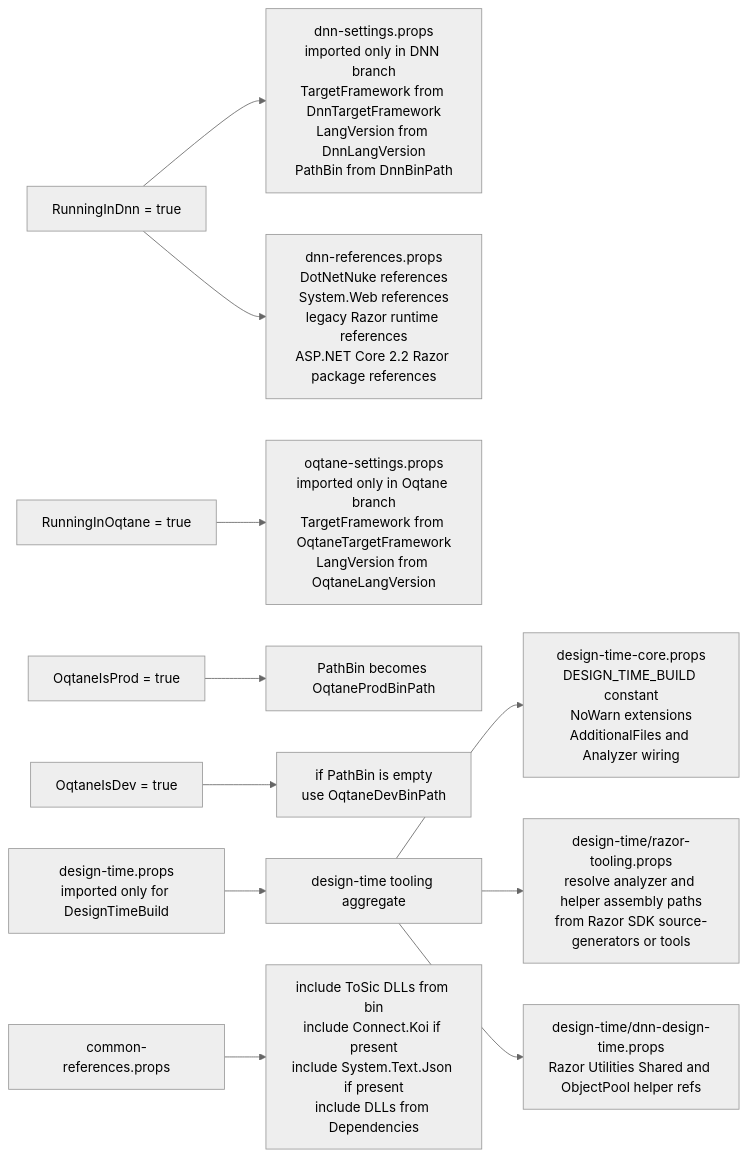
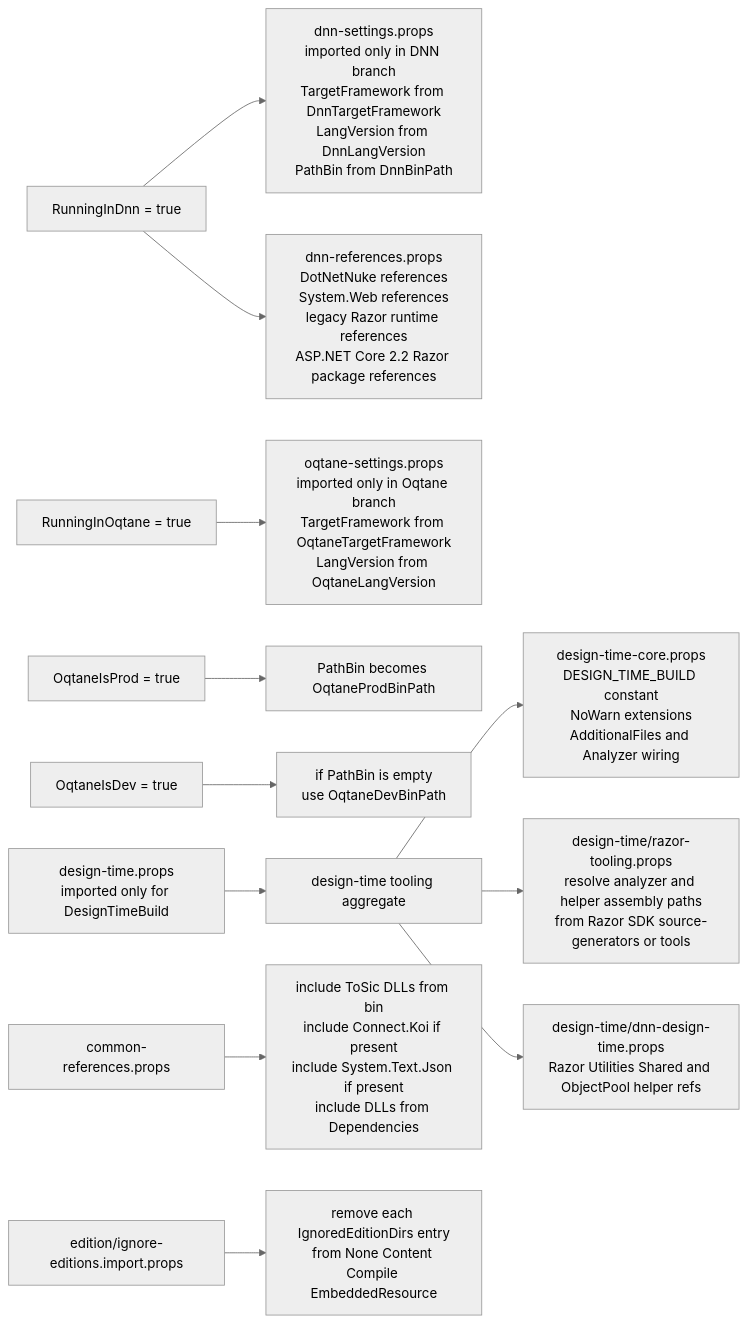
One commit to 2sxc-apps/app-extension-dotnet-project changed the third of 3 diagrams in readme.md. Above: the diagram before and after it, drawn with Mermaid (neutral theme). The commit also changed other lines of this file and 3 other files, not shown here.

Commit message:
ignore-editions

````diff
--- a/readme.md
+++ b/readme.md
@@ -136,16 +144,17 @@
 ```mermaid
 flowchart LR
     RD[RunningInDnn = true] --> DS[dnn-settings.props<br/>imported only in DNN branch<br/>TargetFramework from DnnTargetFramework<br/>LangVersion from DnnLangVersion<br/>PathBin from DnnBinPath]
     RD --> DR[dnn-references.props<br/>DotNetNuke references<br/>System.Web references<br/>legacy Razor runtime references<br/>ASP.NET Core 2.2 Razor package references]
 
     RO[RunningInOqtane = true] --> OS[oqtane-settings.props<br/>imported only in Oqtane branch<br/>TargetFramework from OqtaneTargetFramework<br/>LangVersion from OqtaneLangVersion]
     P[OqtaneIsProd = true] --> OSP[PathBin becomes OqtaneProdBinPath]
     DEV[OqtaneIsDev = true] --> OSD[if PathBin is empty<br/>use OqtaneDevBinPath]
 
     DT[design-time.props<br/>imported only for DesignTimeBuild] --> RT[design-time tooling aggregate]
     RT --> DTC[design-time-core.props<br/>DESIGN_TIME_BUILD constant<br/>NoWarn extensions<br/>AdditionalFiles and Analyzer wiring]
     RT --> RZ[design-time/razor-tooling.props<br/>resolve analyzer and helper assembly paths<br/>from Razor SDK source-generators or tools]
     RT --> DTDNN[design-time/dnn-design-time.props<br/>Razor Utilities Shared and ObjectPool helper refs]
 
     COMMON[common-references.props] --> CR[include ToSic DLLs from bin<br/>include Connect.Koi if present<br/>include System.Text.Json if present<br/>include DLLs from Dependencies]
+    IGN[edition/ignore-editions.import.props] --> EDI[remove each IgnoredEditionDirs entry<br/>from None Content Compile EmbeddedResource]
 ```
````
